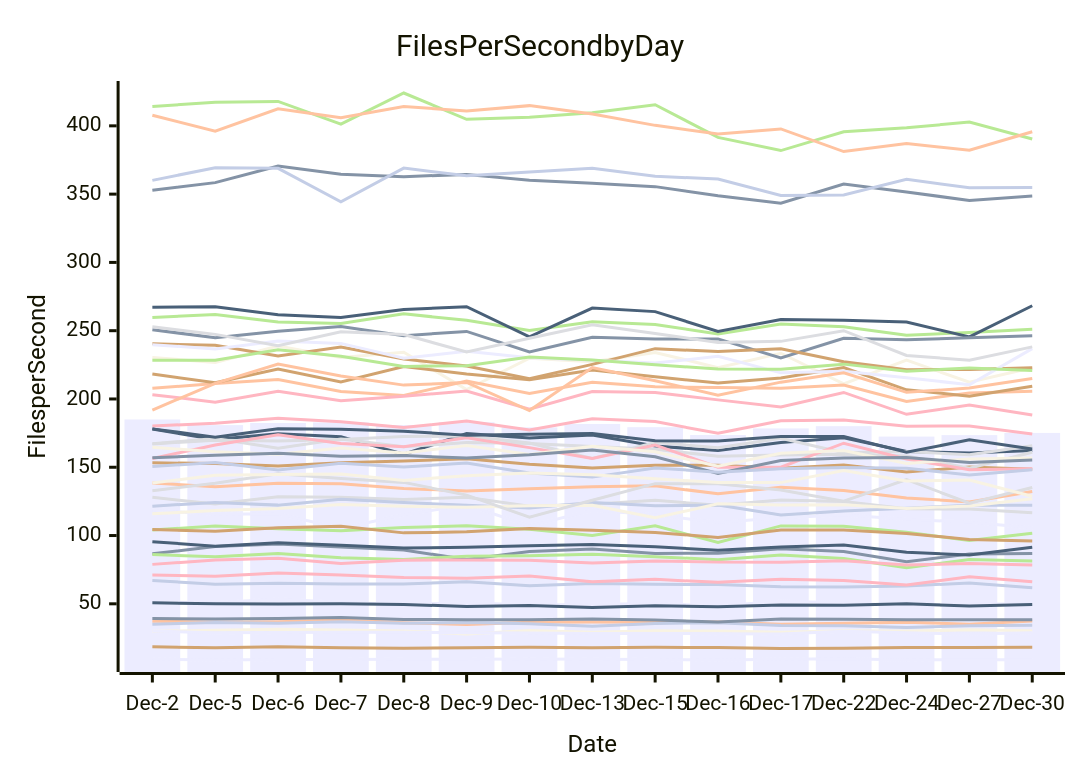
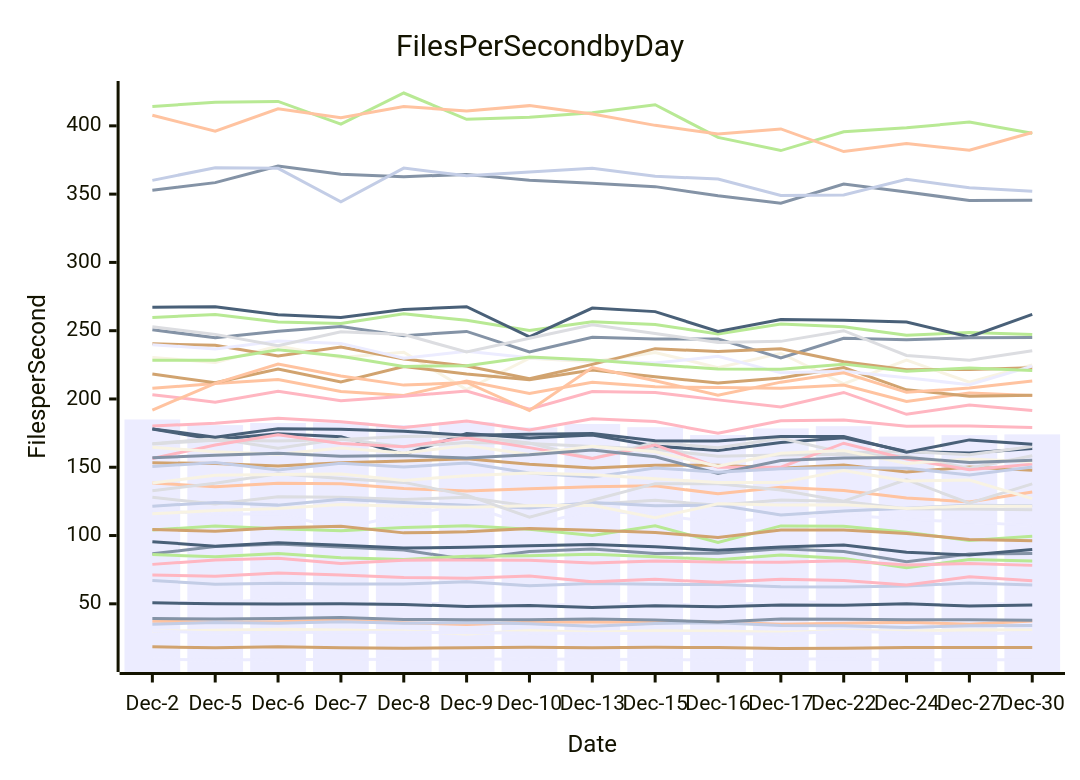
One commit to streetsidesoftware/cspell changed the diagram in perf-report.md. Above: the diagram before and after it, drawn with Mermaid. The commit also changed other lines of this file and 1 other file, not shown here.

````diff
--- a/perf-report.md
+++ b/perf-report.md
@@ -10,57 +10,57 @@
 ```mermaid
 xychart-beta
     title Files Per Second by Day
     y-axis Files per Second
     x-axis Date [Dec-2, Dec-5, Dec-6, Dec-7, Dec-8, Dec-9, Dec-10, Dec-13, Dec-15, Dec-16, Dec-17, Dec-22, Dec-24, Dec-27, Dec-30]
-    bar [184.99, 180.86, 182.42, 182.83, 180.95, 182.95, 179.19, 181.65, 179.36, 173.64, 178.43, 180.09, 172.48, 173.54, 175.12]
-    line [86.62, 91.97, 93.82, 91.60, 89.44, 82.46, 88.30, 90.18, 86.83, 87.07, 90.37, 88.26, 80.81, 86.47, 86.83]
-    line [138.47, 135.71, 138.36, 137.92, 134.36, 132.66, 134.27, 135.78, 136.38, 130.55, 135.39, 132.89, 127.54, 124.61, 132.25]
-    line [127.96, 123.07, 128.36, 127.97, 126.37, 128.11, 121.50, 122.96, 125.85, 122.14, 126.07, 124.95, 119.60, 119.43, 116.73]
-    line [414.13, 417.32, 417.87, 401.19, 424.05, 404.78, 406.35, 409.54, 415.50, 391.53, 381.89, 395.71, 398.52, 402.79, 390.33]
-    line [153.23, 152.74, 150.88, 153.33, 154.58, 156.25, 152.15, 149.54, 151.43, 151.38, 149.35, 151.56, 146.50, 150.10, 148.48]
-    line [67.10, 64.34, 65.01, 64.46, 64.51, 66.15, 63.18, 64.91, 64.35, 64.10, 62.51, 62.39, 63.01, 65.26, 61.77]
-    line [180.13, 182.27, 185.97, 183.39, 179.18, 183.86, 177.29, 185.44, 183.45, 174.84, 184.02, 184.52, 180.06, 180.25, 174.42]
-    line [178.00, 170.24, 174.62, 172.41, 159.51, 174.62, 171.51, 173.65, 165.49, 162.20, 168.07, 171.52, 161.55, 160.38, 162.30]
-    line [230.37, 226.75, 238.77, 230.39, 234.25, 206.87, 229.87, 227.19, 234.07, 222.96, 233.49, 211.10, 228.39, 212.27, 222.87]
-    line [118.51, 115.50, 115.87, 105.20, 115.20, 122.48, 107.06, 118.54, 115.18, 109.59, 113.00, 115.03, 111.88, 109.68, 105.76]
-    line [352.91, 358.41, 370.56, 364.48, 362.78, 364.44, 360.18, 358.05, 355.49, 348.84, 343.31, 357.38, 351.53, 345.39, 348.62]
-    line [207.87, 211.25, 214.29, 205.55, 202.50, 213.14, 203.97, 212.22, 208.88, 208.37, 207.77, 210.28, 198.12, 204.40, 205.69]
-    line [167.24, 171.12, 163.98, 170.66, 165.03, 168.12, 167.40, 165.15, 163.12, 158.04, 158.90, 159.56, 158.26, 149.38, 161.01]
-    line [259.59, 261.91, 256.38, 255.24, 262.31, 257.60, 250.13, 256.58, 254.55, 247.67, 254.88, 252.93, 246.70, 248.73, 251.00]
-    line [218.24, 211.89, 221.99, 212.41, 223.76, 218.34, 214.11, 221.23, 216.34, 211.66, 215.40, 222.98, 206.68, 202.06, 209.38]
-    line [121.44, 124.27, 122.27, 126.51, 124.16, 122.14, 120.17, 124.20, 121.82, 122.30, 114.99, 117.98, 119.98, 122.26, 122.25]
-    line [203.16, 197.69, 205.56, 198.75, 201.98, 205.78, 192.58, 205.45, 204.82, 199.34, 194.10, 204.78, 188.75, 195.62, 188.33]
-    line [267.12, 267.54, 261.60, 259.75, 265.50, 267.60, 245.47, 266.55, 263.96, 249.42, 258.13, 257.62, 256.30, 245.45, 268.27]
-    line [115.88, 118.39, 119.81, 122.77, 121.45, 120.76, 121.79, 122.20, 112.97, 123.23, 122.39, 122.57, 119.82, 121.66, 126.95]
-    line [51.36, 50.85, 53.51, 50.97, 49.51, 50.73, 49.15, 49.54, 50.29, 48.39, 51.90, 50.84, 48.41, 49.94, 49.85]
-    line [250.75, 244.77, 249.57, 253.00, 246.33, 249.46, 234.43, 245.12, 243.88, 243.97, 230.01, 244.43, 243.32, 244.74, 246.31]
-    line [407.78, 396.11, 412.42, 405.98, 414.20, 410.80, 414.80, 408.65, 400.36, 394.11, 397.72, 381.16, 387.10, 382.18, 395.67]
-    line [167.09, 169.78, 169.21, 170.29, 172.44, 172.82, 167.78, 156.48, 168.20, 164.35, 171.17, 160.66, 161.47, 159.18, 165.78]
-    line [104.02, 106.94, 104.99, 103.46, 105.91, 107.21, 104.66, 100.11, 107.13, 94.87, 107.05, 106.83, 102.33, 96.35, 101.63]
-    line [240.36, 239.27, 231.52, 238.08, 229.24, 224.19, 214.79, 225.36, 236.86, 234.70, 236.77, 227.25, 221.39, 221.64, 222.82]
-    line [360.08, 369.35, 368.90, 344.39, 369.08, 363.46, 366.29, 369.00, 363.03, 361.09, 348.96, 349.43, 360.81, 354.60, 354.80]
-    line [156.42, 166.33, 173.70, 167.47, 165.08, 171.54, 164.38, 156.51, 166.27, 150.03, 149.99, 167.61, 155.99, 148.15, 148.96]
-    line [178.10, 172.07, 178.26, 177.85, 176.41, 173.41, 174.24, 174.74, 169.36, 169.15, 172.44, 172.46, 160.97, 170.04, 163.31]
-    line [164.60, 161.29, 159.50, 164.08, 160.40, 166.00, 159.37, 165.42, 161.29, 150.68, 160.30, 162.32, 152.82, 156.10, 156.76]
-    line [9.38, 8.86, 9.19, 9.24, 9.33, 9.47, 9.61, 9.47, 9.27, 8.94, 9.45, 9.78, 8.90, 9.07, 9.03]
-    line [157.03, 158.70, 160.32, 157.97, 158.53, 156.72, 159.18, 162.67, 157.64, 145.39, 155.01, 156.77, 157.19, 153.46, 155.29]
-    line [37.28, 36.55, 36.94, 38.11, 36.16, 34.90, 36.59, 36.61, 36.51, 36.62, 35.07, 35.79, 36.55, 35.09, 37.40]
-    line [132.83, 138.36, 145.16, 141.72, 138.92, 129.58, 113.42, 125.88, 138.00, 137.98, 133.31, 125.20, 140.89, 123.76, 135.17]
-    line [86.10, 84.45, 86.85, 83.80, 82.54, 84.79, 85.17, 86.33, 84.51, 82.32, 85.67, 83.25, 76.44, 82.43, 81.29]
-    line [18.48, 17.91, 18.52, 17.91, 17.46, 17.89, 18.13, 17.78, 18.13, 17.93, 17.37, 17.53, 18.08, 17.97, 18.19]
-    line [35.10, 36.40, 35.75, 36.91, 35.78, 36.33, 35.41, 33.56, 35.56, 36.21, 34.19, 33.89, 32.69, 33.95, 34.26]
-    line [78.88, 82.13, 83.39, 79.45, 81.95, 82.06, 81.96, 79.96, 81.37, 80.53, 80.51, 81.49, 78.49, 79.44, 78.39]
-    line [95.50, 92.21, 94.67, 92.84, 90.85, 91.43, 92.60, 93.37, 91.85, 89.18, 91.59, 93.06, 87.76, 85.72, 91.35]
-    line [29.90, 30.63, 31.36, 30.89, 30.17, 27.90, 30.55, 29.22, 30.21, 30.10, 29.27, 30.24, 30.04, 30.99, 30.22]
-    line [239.72, 236.67, 242.41, 240.69, 229.87, 234.86, 230.17, 228.31, 226.27, 231.21, 219.13, 220.31, 215.56, 210.39, 236.86]
-    line [39.21, 38.95, 39.16, 39.98, 38.54, 38.36, 38.36, 38.81, 38.12, 36.63, 38.97, 38.70, 38.32, 38.26, 38.32]
-    line [191.91, 211.40, 225.62, 216.82, 210.15, 212.06, 191.55, 223.01, 213.39, 202.82, 212.32, 219.19, 204.86, 207.97, 215.01]
-    line [252.89, 247.30, 238.91, 249.28, 247.23, 234.36, 244.44, 254.37, 247.88, 241.35, 242.19, 249.98, 231.90, 228.38, 238.17]
-    line [228.40, 228.42, 235.98, 231.28, 223.81, 224.38, 230.73, 228.56, 225.00, 222.02, 221.71, 225.51, 220.33, 222.69, 220.76]
-    line [104.37, 103.06, 105.64, 106.80, 101.95, 102.69, 105.10, 103.83, 102.19, 98.64, 104.01, 104.04, 101.53, 97.16, 96.04]
-    line [150.61, 153.46, 148.08, 152.95, 150.14, 153.13, 145.78, 142.78, 149.53, 146.32, 148.93, 149.89, 149.32, 144.39, 148.23]
-    line [71.07, 70.27, 72.65, 71.06, 69.32, 68.69, 70.43, 66.11, 67.91, 65.71, 68.06, 67.11, 63.78, 69.83, 66.15]
-    line [50.75, 50.03, 49.80, 49.98, 49.59, 47.97, 48.84, 47.30, 48.59, 47.94, 49.07, 48.96, 49.98, 48.46, 49.55]
-    line [138.40, 144.20, 144.71, 145.14, 140.38, 143.82, 145.78, 144.45, 141.51, 138.80, 138.75, 147.65, 140.01, 140.67, 128.82]
-    line [30.07, 28.83, 29.04, 29.09, 29.10, 28.75, 28.65, 28.35, 28.26, 28.09, 27.81, 29.86, 28.77, 27.94, 28.78]
+    bar [184.99, 180.86, 182.42, 182.83, 180.95, 182.95, 179.19, 181.65, 179.36, 173.64, 178.43, 180.09, 172.48, 173.54, 174.06]
+    line [86.62, 91.97, 93.82, 91.60, 89.44, 82.46, 88.30, 90.18, 86.83, 87.07, 90.37, 88.26, 80.81, 86.47, 86.91]
+    line [138.47, 135.71, 138.36, 137.92, 134.36, 132.66, 134.27, 135.78, 136.38, 130.55, 135.39, 132.89, 127.54, 124.61, 131.88]
+    line [127.96, 123.07, 128.36, 127.97, 126.37, 128.11, 121.50, 122.96, 125.85, 122.14, 126.07, 124.95, 119.60, 119.43, 118.95]
+    line [414.13, 417.32, 417.87, 401.19, 424.05, 404.78, 406.35, 409.54, 415.50, 391.53, 381.89, 395.71, 398.52, 402.79, 394.59]
+    line [153.23, 152.74, 150.88, 153.33, 154.58, 156.25, 152.15, 149.54, 151.43, 151.38, 149.35, 151.56, 146.50, 150.10, 147.77]
+    line [67.10, 64.34, 65.01, 64.46, 64.51, 66.15, 63.18, 64.91, 64.35, 64.10, 62.51, 62.39, 63.01, 65.26, 63.84]
+    line [180.13, 182.27, 185.97, 183.39, 179.18, 183.86, 177.29, 185.44, 183.45, 174.84, 184.02, 184.52, 180.06, 180.25, 179.18]
+    line [178.00, 170.24, 174.62, 172.41, 159.51, 174.62, 171.51, 173.65, 165.49, 162.20, 168.07, 171.52, 161.55, 160.38, 163.70]
+    line [230.37, 226.75, 238.77, 230.39, 234.25, 206.87, 229.87, 227.19, 234.07, 222.96, 233.49, 211.10, 228.39, 212.27, 224.98]
+    line [118.51, 115.50, 115.87, 105.20, 115.20, 122.48, 107.06, 118.54, 115.18, 109.59, 113.00, 115.03, 111.88, 109.68, 107.44]
+    line [352.91, 358.41, 370.56, 364.48, 362.78, 364.44, 360.18, 358.05, 355.49, 348.84, 343.31, 357.38, 351.53, 345.39, 345.57]
+    line [207.87, 211.25, 214.29, 205.55, 202.50, 213.14, 203.97, 212.22, 208.88, 208.37, 207.77, 210.28, 198.12, 204.40, 202.53]
+    line [167.24, 171.12, 163.98, 170.66, 165.03, 168.12, 167.40, 165.15, 163.12, 158.04, 158.90, 159.56, 158.26, 149.38, 158.45]
+    line [259.59, 261.91, 256.38, 255.24, 262.31, 257.60, 250.13, 256.58, 254.55, 247.67, 254.88, 252.93, 246.70, 248.73, 247.21]
+    line [218.24, 211.89, 221.99, 212.41, 223.76, 218.34, 214.11, 221.23, 216.34, 211.66, 215.40, 222.98, 206.68, 202.06, 202.70]
+    line [121.44, 124.27, 122.27, 126.51, 124.16, 122.14, 120.17, 124.20, 121.82, 122.30, 114.99, 117.98, 119.98, 122.26, 121.82]
+    line [203.16, 197.69, 205.56, 198.75, 201.98, 205.78, 192.58, 205.45, 204.82, 199.34, 194.10, 204.78, 188.75, 195.62, 191.56]
+    line [267.12, 267.54, 261.60, 259.75, 265.50, 267.60, 245.47, 266.55, 263.96, 249.42, 258.13, 257.62, 256.30, 245.45, 261.91]
+    line [115.88, 118.39, 119.81, 122.77, 121.45, 120.76, 121.79, 122.20, 112.97, 123.23, 122.39, 122.57, 119.82, 121.66, 121.53]
+    line [51.36, 50.85, 53.51, 50.97, 49.51, 50.73, 49.15, 49.54, 50.29, 48.39, 51.90, 50.84, 48.41, 49.94, 50.04]
+    line [250.75, 244.77, 249.57, 253.00, 246.33, 249.46, 234.43, 245.12, 243.88, 243.97, 230.01, 244.43, 243.32, 244.74, 244.94]
+    line [407.78, 396.11, 412.42, 405.98, 414.20, 410.80, 414.80, 408.65, 400.36, 394.11, 397.72, 381.16, 387.10, 382.18, 395.16]
+    line [167.09, 169.78, 169.21, 170.29, 172.44, 172.82, 167.78, 156.48, 168.20, 164.35, 171.17, 160.66, 161.47, 159.18, 165.26]
+    line [104.02, 106.94, 104.99, 103.46, 105.91, 107.21, 104.66, 100.11, 107.13, 94.87, 107.05, 106.83, 102.33, 96.35, 99.39]
+    line [240.36, 239.27, 231.52, 238.08, 229.24, 224.19, 214.79, 225.36, 236.86, 234.70, 236.77, 227.25, 221.39, 221.64, 222.89]
+    line [360.08, 369.35, 368.90, 344.39, 369.08, 363.46, 366.29, 369.00, 363.03, 361.09, 348.96, 349.43, 360.81, 354.60, 352.05]
+    line [156.42, 166.33, 173.70, 167.47, 165.08, 171.54, 164.38, 156.51, 166.27, 150.03, 149.99, 167.61, 155.99, 148.15, 152.29]
+    line [178.10, 172.07, 178.26, 177.85, 176.41, 173.41, 174.24, 174.74, 169.36, 169.15, 172.44, 172.46, 160.97, 170.04, 166.93]
+    line [164.60, 161.29, 159.50, 164.08, 160.40, 166.00, 159.37, 165.42, 161.29, 150.68, 160.30, 162.32, 152.82, 156.10, 153.99]
+    line [9.38, 8.86, 9.19, 9.24, 9.33, 9.47, 9.61, 9.47, 9.27, 8.94, 9.45, 9.78, 8.90, 9.07, 9.05]
+    line [157.03, 158.70, 160.32, 157.97, 158.53, 156.72, 159.18, 162.67, 157.64, 145.39, 155.01, 156.77, 157.19, 153.46, 155.18]
+    line [37.28, 36.55, 36.94, 38.11, 36.16, 34.90, 36.59, 36.61, 36.51, 36.62, 35.07, 35.79, 36.55, 35.09, 37.33]
+    line [132.83, 138.36, 145.16, 141.72, 138.92, 129.58, 113.42, 125.88, 138.00, 137.98, 133.31, 125.20, 140.89, 123.76, 137.85]
+    line [86.10, 84.45, 86.85, 83.80, 82.54, 84.79, 85.17, 86.33, 84.51, 82.32, 85.67, 83.25, 76.44, 82.43, 81.37]
+    line [18.48, 17.91, 18.52, 17.91, 17.46, 17.89, 18.13, 17.78, 18.13, 17.93, 17.37, 17.53, 18.08, 17.97, 17.97]
+    line [35.10, 36.40, 35.75, 36.91, 35.78, 36.33, 35.41, 33.56, 35.56, 36.21, 34.19, 33.89, 32.69, 33.95, 34.19]
+    line [78.88, 82.13, 83.39, 79.45, 81.95, 82.06, 81.96, 79.96, 81.37, 80.53, 80.51, 81.49, 78.49, 79.44, 78.15]
+    line [95.50, 92.21, 94.67, 92.84, 90.85, 91.43, 92.60, 93.37, 91.85, 89.18, 91.59, 93.06, 87.76, 85.72, 89.78]
+    line [29.90, 30.63, 31.36, 30.89, 30.17, 27.90, 30.55, 29.22, 30.21, 30.10, 29.27, 30.24, 30.04, 30.99, 30.81]
+    line [239.72, 236.67, 242.41, 240.69, 229.87, 234.86, 230.17, 228.31, 226.27, 231.21, 219.13, 220.31, 215.56, 210.39, 224.08]
+    line [39.21, 38.95, 39.16, 39.98, 38.54, 38.36, 38.36, 38.81, 38.12, 36.63, 38.97, 38.70, 38.32, 38.26, 38.03]
+    line [191.91, 211.40, 225.62, 216.82, 210.15, 212.06, 191.55, 223.01, 213.39, 202.82, 212.32, 219.19, 204.86, 207.97, 213.20]
+    line [252.89, 247.30, 238.91, 249.28, 247.23, 234.36, 244.44, 254.37, 247.88, 241.35, 242.19, 249.98, 231.90, 228.38, 235.30]
+    line [228.40, 228.42, 235.98, 231.28, 223.81, 224.38, 230.73, 228.56, 225.00, 222.02, 221.71, 225.51, 220.33, 222.69, 220.82]
+    line [104.37, 103.06, 105.64, 106.80, 101.95, 102.69, 105.10, 103.83, 102.19, 98.64, 104.01, 104.04, 101.53, 97.16, 96.27]
+    line [150.61, 153.46, 148.08, 152.95, 150.14, 153.13, 145.78, 142.78, 149.53, 146.32, 148.93, 149.89, 149.32, 144.39, 150.11]
+    line [71.07, 70.27, 72.65, 71.06, 69.32, 68.69, 70.43, 66.11, 67.91, 65.71, 68.06, 67.11, 63.78, 69.83, 66.95]
+    line [50.75, 50.03, 49.80, 49.98, 49.59, 47.97, 48.84, 47.30, 48.59, 47.94, 49.07, 48.96, 49.98, 48.46, 49.12]
+    line [138.40, 144.20, 144.71, 145.14, 140.38, 143.82, 145.78, 144.45, 141.51, 138.80, 138.75, 147.65, 140.01, 140.67, 126.99]
+    line [30.07, 28.83, 29.04, 29.09, 29.10, 28.75, 28.65, 28.35, 28.26, 28.09, 27.81, 29.86, 28.77, 27.94, 29.08]
 ```
````
